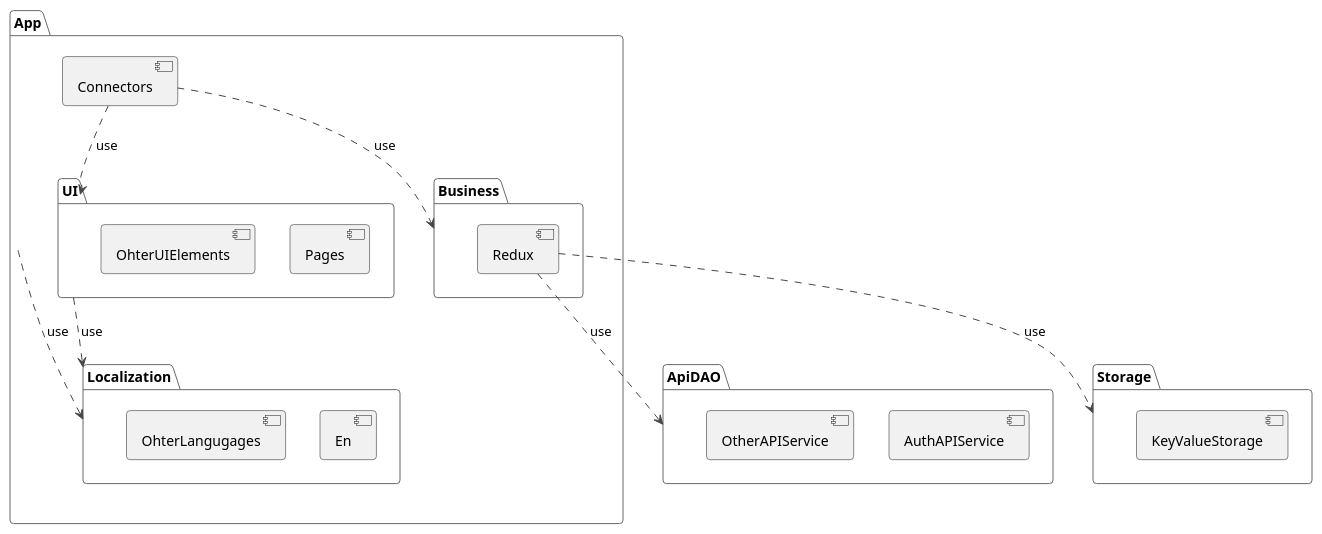
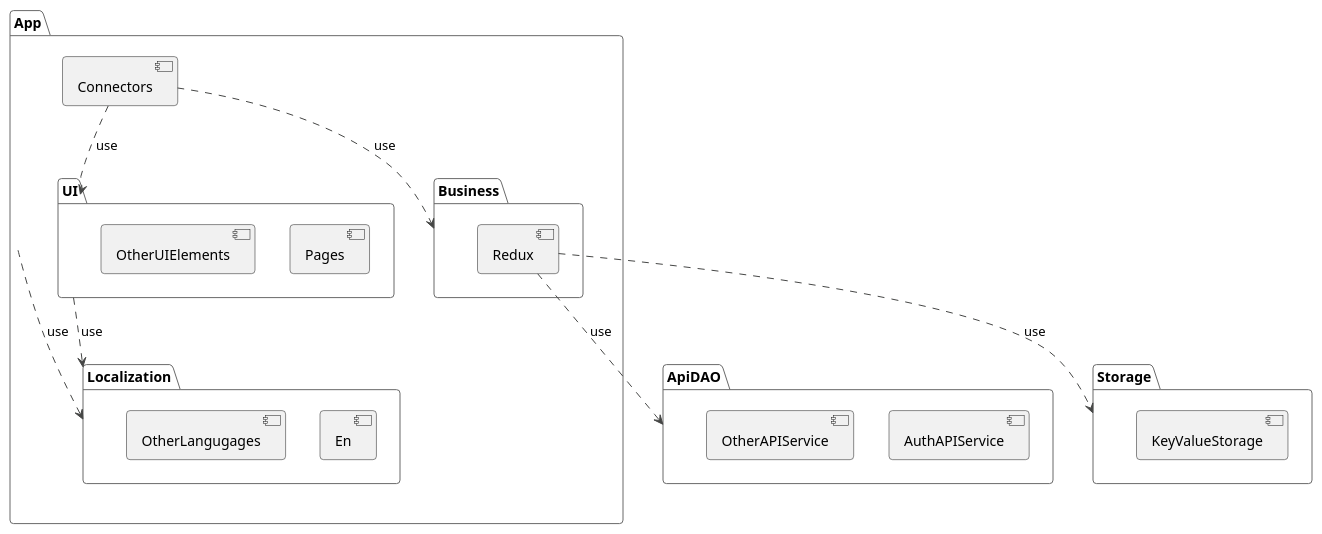
Before and after one commit to pro100andrey/flutter_redux_templates: the diagram in doc/modules.pu, drawn with PlantUML. The commit also changed 1 other file, not shown here.

```diff
--- a/doc/modules.pu
+++ b/doc/modules.pu
@@ -1,37 +1,37 @@
 @startuml "modules"
 !theme vibrant
 
 package "App" {
     [Connectors]
     Connectors ..> Business: use
     Connectors ..> UI: use
     App ..> Localization: use
 }
 
 package "UI" {
     UI ..> Localization: use
     [Pages]
-    [OhterUIElements]
+    [OtherUIElements]
 }
 
 package "Localization" {
     [En]
-    [OhterLangugages]
+    [OtherLangugages]
 }
 
 package "ApiDAO" {
     [AuthAPIService]
     [OtherAPIService]
 }
 
 package "Storage" {
     [KeyValueStorage]
 }
 
 package "Business" {
     [Redux]
     Redux ..> Storage: use
     Redux ..> ApiDAO: use
 }
 
 @enduml
```
